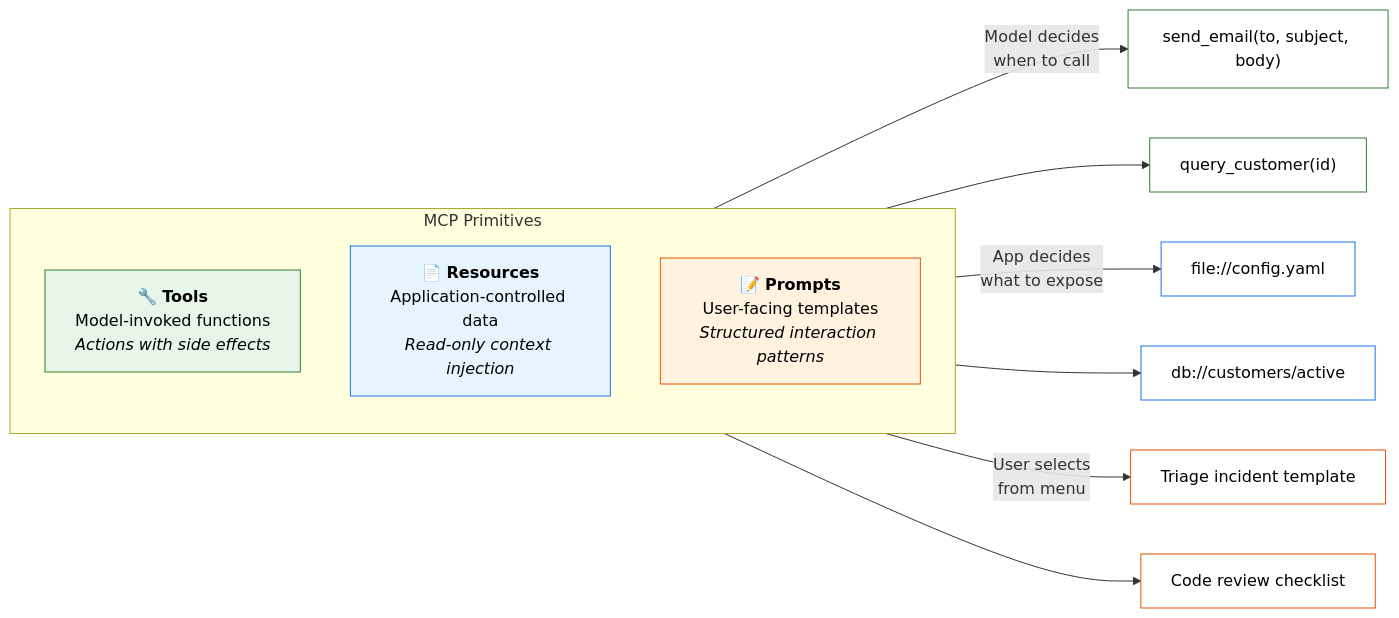
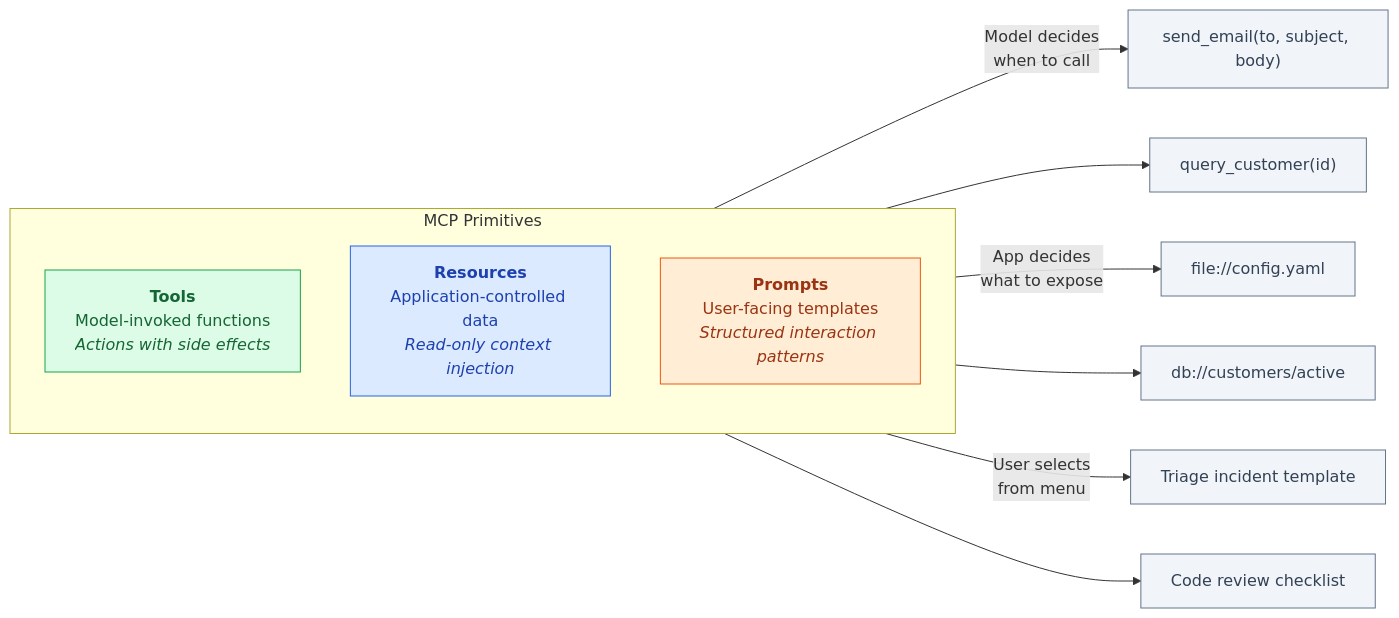
One commit to raj-champion-trader/rajchampaneriya.github.io changed the second of 6 diagrams in hugo-site/content/blog/2026/01/3.mcp-deep-dive.md. Above: the diagram before and after it, drawn with Mermaid. The commit also changed other lines of this file and 5 other files, not shown here.

First line of the commit message:
Enhance Mermaid Diagrams with Semantic Color Classes and Dark Mode Support

````diff
--- a/hugo-site/content/blog/2026/01/3.mcp-deep-dive.md
+++ b/hugo-site/content/blog/2026/01/3.mcp-deep-dive.md
@@ -73,26 +68,21 @@
 ```mermaid
 graph LR
+    classDef primary fill:#dbeafe,stroke:#2563eb,color:#1e40af
+    classDef secondary fill:#dcfce7,stroke:#16a34a,color:#166534
+    classDef accent fill:#ffedd5,stroke:#ea580c,color:#9a3412
+    classDef neutral fill:#f1f5f9,stroke:#64748b,color:#334155
+
     subgraph Primitives["MCP Primitives"]
         direction TB
-        Tools["🔧 <b>Tools</b><br/>Model-invoked functions<br/><i>Actions with side effects</i>"]
-        Resources["📄 <b>Resources</b><br/>Application-controlled data<br/><i>Read-only context injection</i>"]
-        Prompts["📝 <b>Prompts</b><br/>User-facing templates<br/><i>Structured interaction patterns</i>"]
+        Tools["<b>Tools</b><br/>Model-invoked functions<br/><i>Actions with side effects</i>"]:::secondary
+        Resources["<b>Resources</b><br/>Application-controlled data<br/><i>Read-only context injection</i>"]:::primary
+        Prompts["<b>Prompts</b><br/>User-facing templates<br/><i>Structured interaction patterns</i>"]:::accent
     end
 
-    Tools -->|"Model decides<br/>when to call"| T1["send_email(to, subject, body)"]
-    Tools --> T2["query_customer(id)"]
-    Resources -->|"App decides<br/>what to expose"| R1["file://config.yaml"]
-    Resources --> R2["db://customers/active"]
-    Prompts -->|"User selects<br/>from menu"| P1["Triage incident template"]
-    Prompts --> P2["Code review checklist"]
-
-    style Tools fill:#e8f5e9,stroke:#2e7d32,color:#000
-    style Resources fill:#e8f4fd,stroke:#1a73e8,color:#000
-    style Prompts fill:#fff3e0,stroke:#e65100,color:#000
-    style T1 fill:#ffffff,stroke:#2e7d32,color:#000
-    style T2 fill:#ffffff,stroke:#2e7d32,color:#000
-    style R1 fill:#ffffff,stroke:#1a73e8,color:#000
-    style R2 fill:#ffffff,stroke:#1a73e8,color:#000
-    style P1 fill:#ffffff,stroke:#e65100,color:#000
-    style P2 fill:#ffffff,stroke:#e65100,color:#000
+    Tools -->|"Model decides<br/>when to call"| T1["send_email(to, subject, body)"]:::neutral
+    Tools --> T2["query_customer(id)"]:::neutral
+    Resources -->|"App decides<br/>what to expose"| R1["file://config.yaml"]:::neutral
+    Resources --> R2["db://customers/active"]:::neutral
+    Prompts -->|"User selects<br/>from menu"| P1["Triage incident template"]:::neutral
+    Prompts --> P2["Code review checklist"]:::neutral
 ```
````
